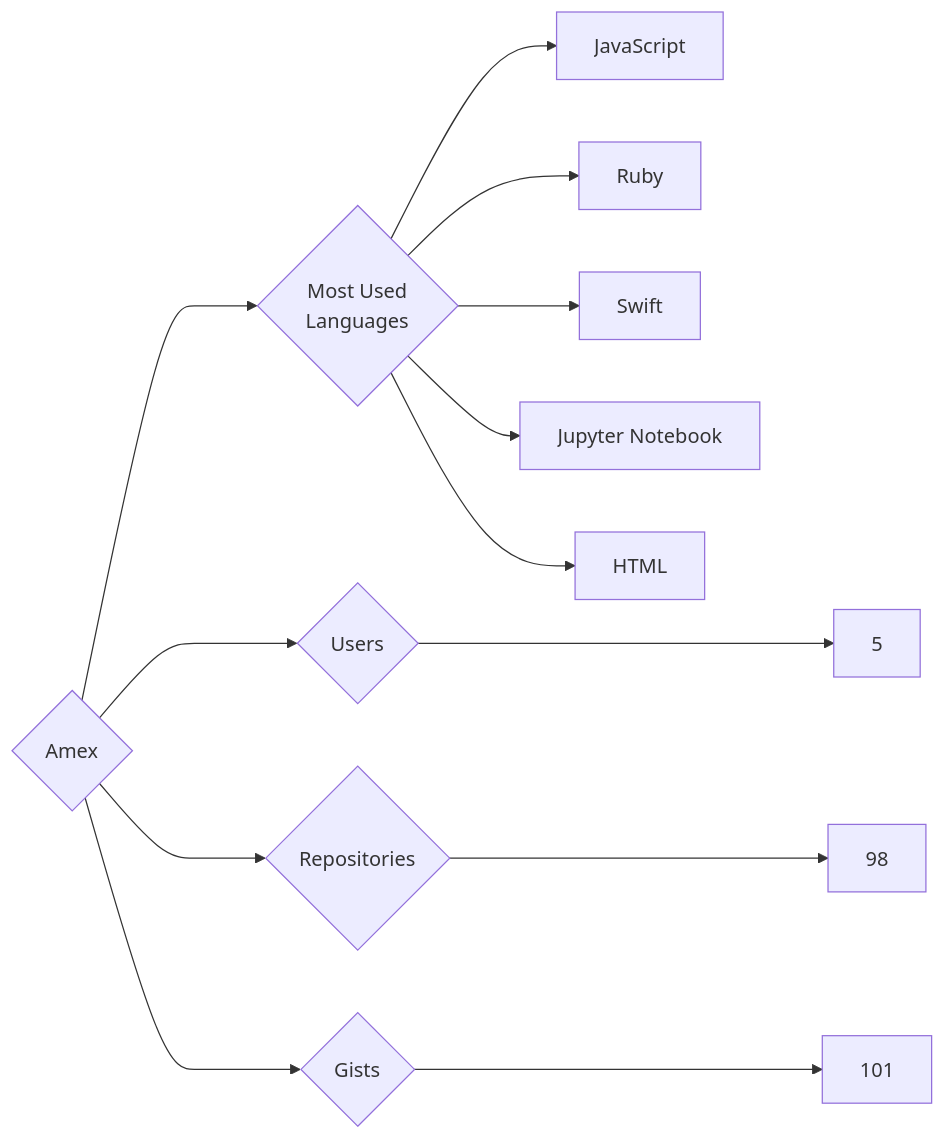
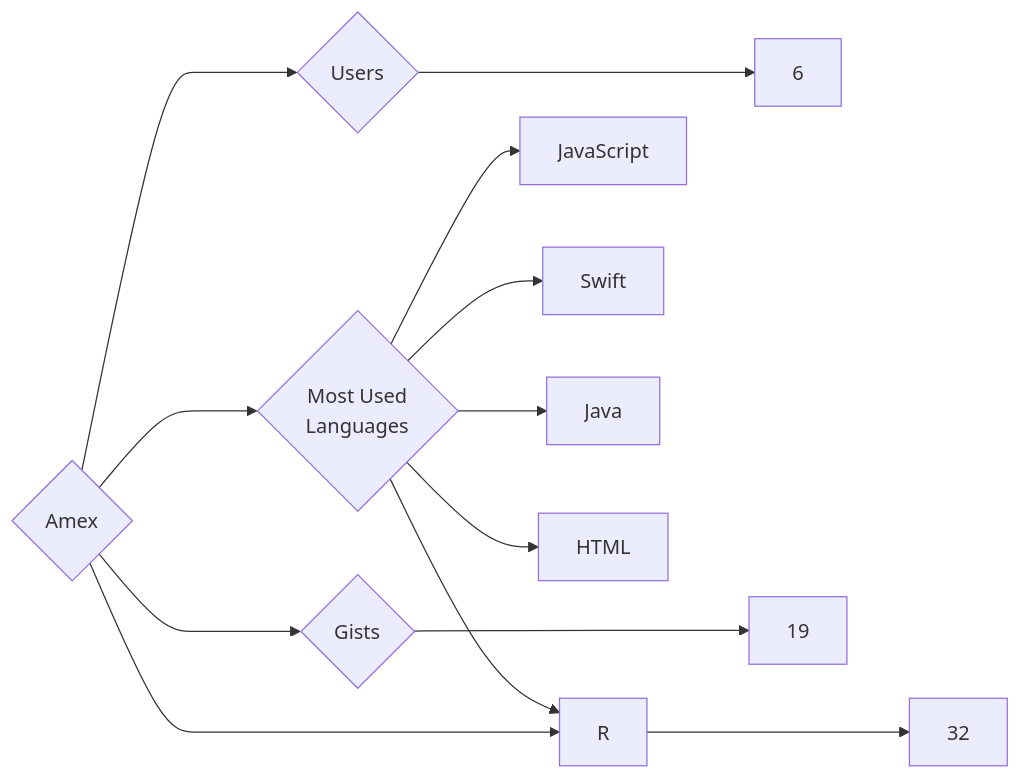
Before and after one commit to trickest/insiders: the diagram in targets/Amex/README.md, drawn with Mermaid. The commit also changed 840 other files, not shown here.

````diff
--- a/targets/Amex/README.md
+++ b/targets/Amex/README.md
@@ -3,13 +3,13 @@
 ```mermaid
 graph LR
 COMPANY_NAME{Amex}
-COMPANY_NAME ---> U{Users} ---> UN[5]
-COMPANY_NAME ---> R{Repositories} ---> RN[98]
-COMPANY_NAME ---> G{Gists} ---> GN[101]
+COMPANY_NAME ---> U{Users} ---> UN[6]
+COMPANY_NAME ---> R{Repositories} ---> RN[32]
+COMPANY_NAME ---> G{Gists} ---> GN[19]
 COMPANY_NAME ---> ML{Most Used<br>Languages}
 ML --> JavaScript[JavaScript]
-ML --> Ruby[Ruby]
 ML --> Swift[Swift]
-ML --> Jupyter_Notebook[Jupyter Notebook]
+ML --> Java[Java]
 ML --> HTML[HTML]
+ML --> R[R]
 ```
````
